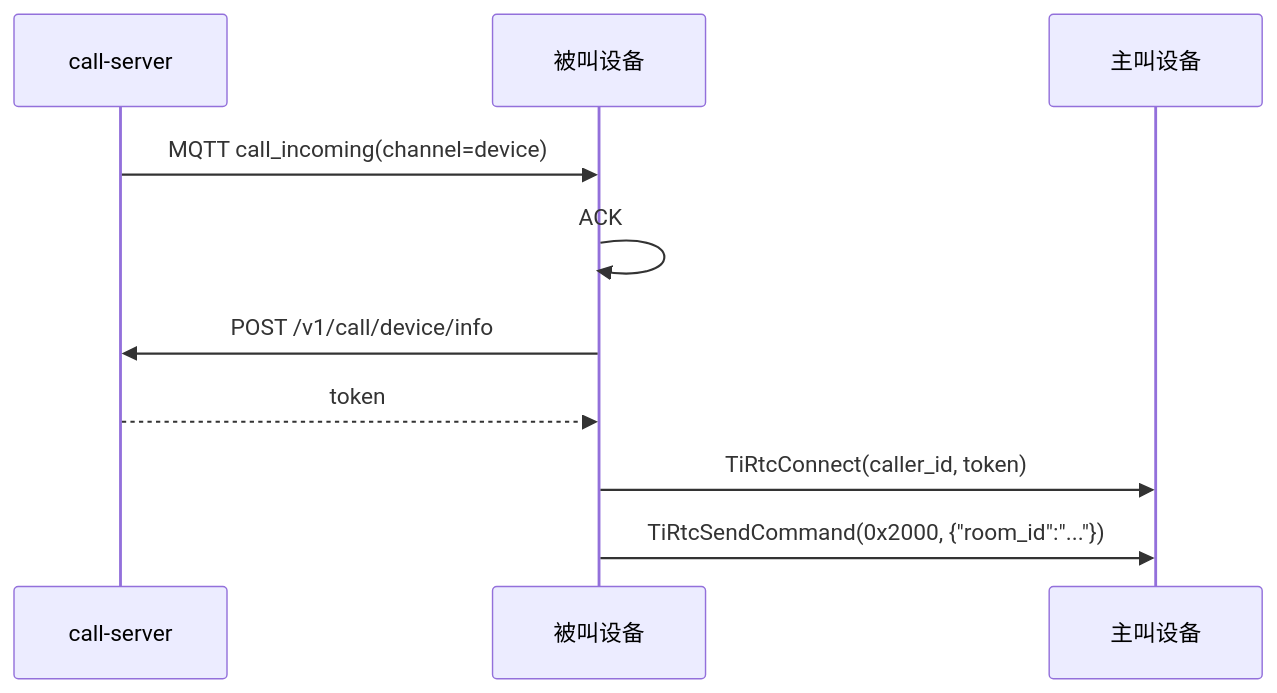
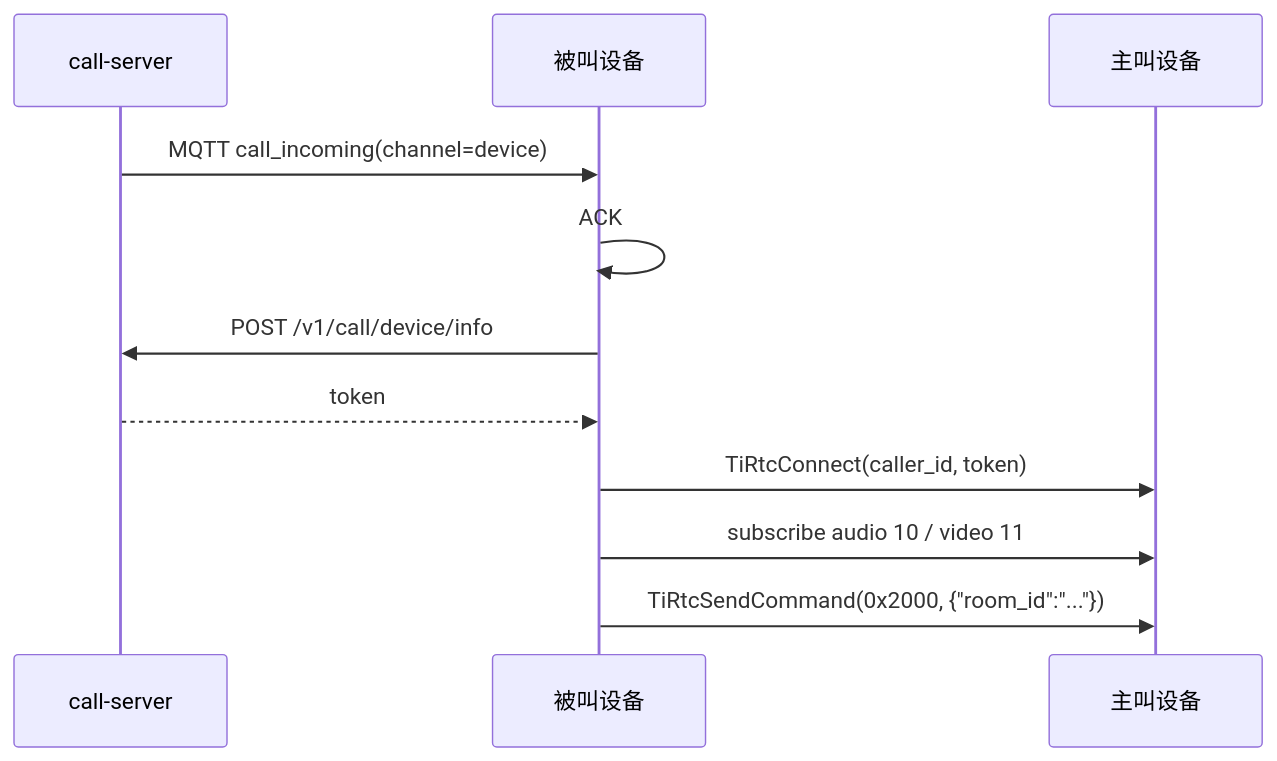
One commit to tangeai/tirtc-server-example changed the second of 2 diagrams in thing-connect/device-call.md. Above: the diagram before and after it, drawn with Mermaid. The commit also changed other lines of this file and 26 other files, not shown here.

````diff
--- a/thing-connect/device-call.md
+++ b/thing-connect/device-call.md
@@ -242,13 +246,14 @@
 ```mermaid
 sequenceDiagram
     participant CALL as call-server
     participant CALLEE as 被叫设备
     participant CALLER as 主叫设备
 
     CALL->>CALLEE: MQTT call_incoming(channel=device)
     CALLEE->>CALLEE: ACK
     CALLEE->>CALL: POST /v1/call/device/info
     CALL-->>CALLEE: token
     CALLEE->>CALLER: TiRtcConnect(caller_id, token)
+    CALLEE->>CALLER: subscribe audio 10 / video 11
     CALLEE->>CALLER: TiRtcSendCommand(0x2000, {"room_id":"..."})
 ```
````
